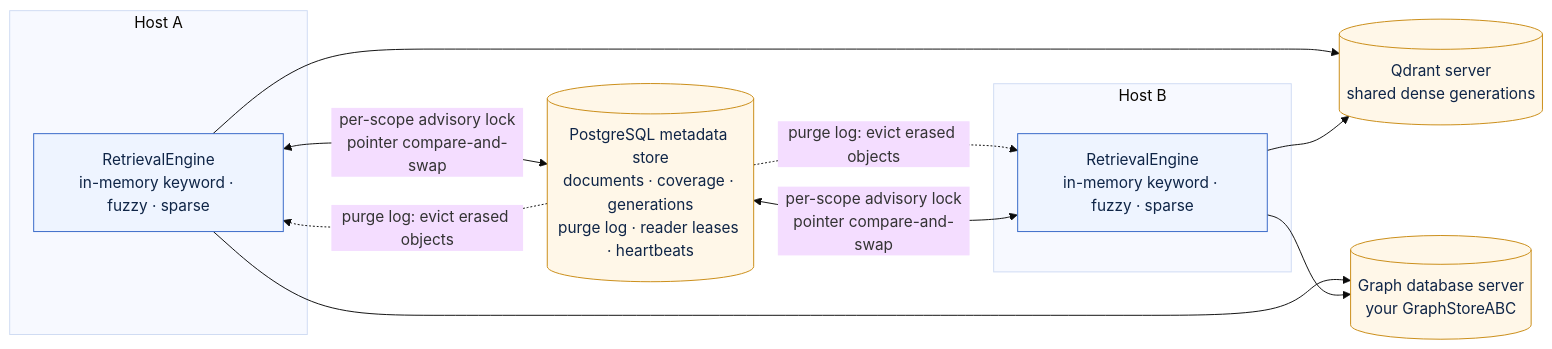
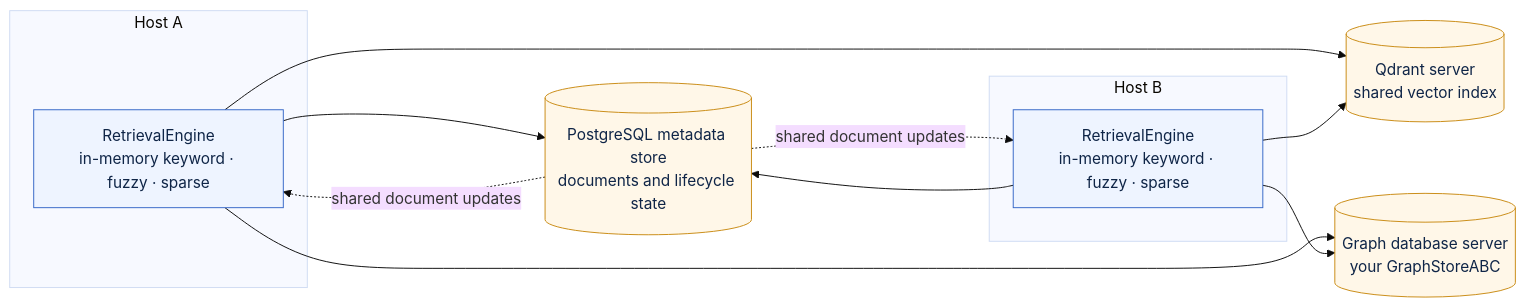
Before and after one commit to smuniharish/retrievalloom: the diagram in diagrams/multiple-engines.mmd, drawn with Mermaid (base theme). The commit also changed 57 other files, not shown here.

```diff
--- a/diagrams/multiple-engines.mmd
+++ b/diagrams/multiple-engines.mmd
@@ -1,25 +1,25 @@
 flowchart LR
     classDef app fill:#ecf8f1,stroke:#2f8f5b,color:#0f2547
     classDef core fill:#eef4ff,stroke:#3567c7,color:#0f2547
     classDef provider fill:#fff7e8,stroke:#c98a12,color:#0f2547
 
     subgraph HostA["Host A"]
         engineA["RetrievalEngine<br/>in-memory keyword · fuzzy · sparse"]:::core
     end
 
     subgraph HostB["Host B"]
         engineB["RetrievalEngine<br/>in-memory keyword · fuzzy · sparse"]:::core
     end
 
-    postgres[("PostgreSQL metadata store<br/>documents · coverage · generations<br/>purge log · reader leases · heartbeats")]:::provider
-    qdrant[("Qdrant server<br/>shared dense generations")]:::provider
+    postgres[("PostgreSQL metadata store<br/>documents and lifecycle state")]:::provider
+    qdrant[("Qdrant server<br/>shared vector index")]:::provider
     graphdb[("Graph database server<br/>your GraphStoreABC")]:::provider
 
-    engineA <-- "per-scope advisory lock<br/>pointer compare-and-swap" --> postgres
-    engineB <-- "per-scope advisory lock<br/>pointer compare-and-swap" --> postgres
+    engineA --> postgres
+    engineB --> postgres
     engineA --> qdrant
     engineB --> qdrant
     engineA --> graphdb
     engineB --> graphdb
-    postgres -. "purge log: evict erased objects" .-> engineA
-    postgres -. "purge log: evict erased objects" .-> engineB
+    postgres -. "shared document updates" .-> engineA
+    postgres -. "shared document updates" .-> engineB
```
